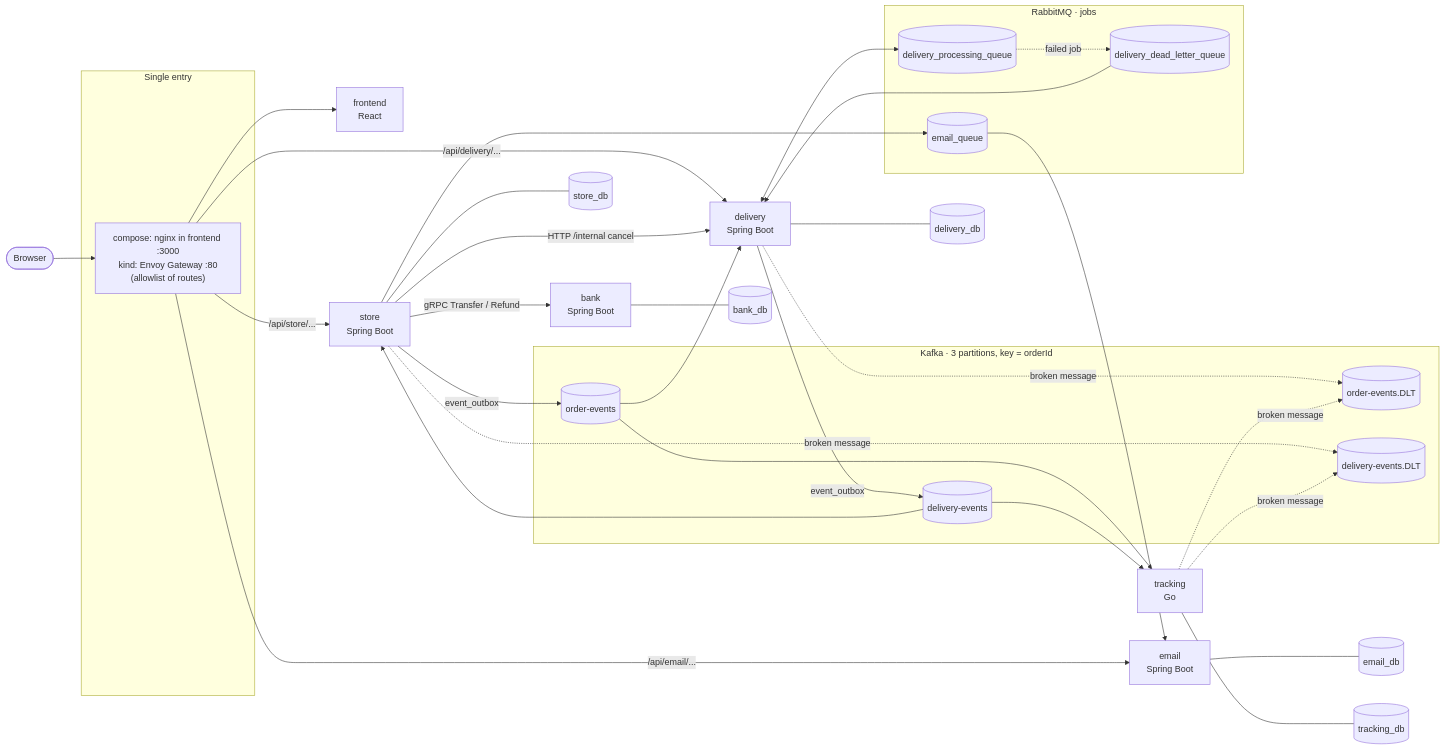
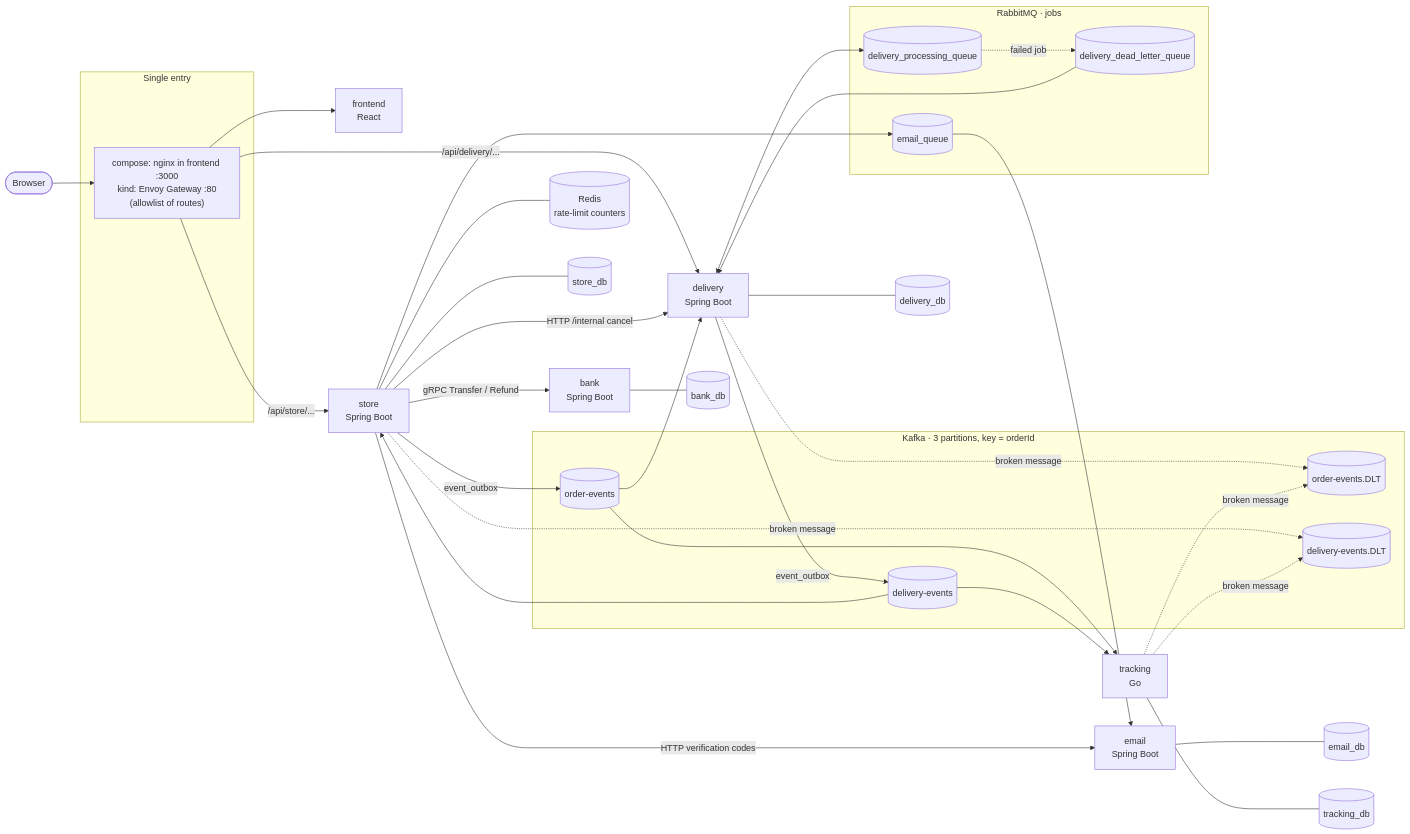
Before and after one commit to LiChenyang-GZ/microservices-ecommerce-platform: the diagram in README.md, drawn with Mermaid. The commit also changed other lines of this file and 3 other files, not shown here.

First line of the commit message:
docs(readme, k8s): rate limits on store's public sign-up and log-in endpoints, Redis, REDIS_PASSWORD on upgrade, and what the limits do not stop yet (R29-R32)

````diff
--- a/README.md
+++ b/README.md
@@ -11,51 +11,52 @@
 ```mermaid
 flowchart LR
     user([Browser])
 
     subgraph entry[Single entry]
         gw["compose: nginx in frontend :3000<br/>kind: Envoy Gateway :80<br/>(allowlist of routes)"]
     end
 
     user --> gw
     gw --> fe[frontend<br/>React]
     gw -->|/api/store/...| store
     gw -->|/api/delivery/...| delivery
-    gw -->|/api/email/...| email
 
     store[store<br/>Spring Boot] -->|gRPC Transfer / Refund| bank[bank<br/>Spring Boot]
     store -->|HTTP /internal cancel| delivery[delivery<br/>Spring Boot]
+    store -->|HTTP verification codes| email
+    store --- redis[(Redis<br/>rate-limit counters)]
 
     subgraph kafka[Kafka · 3 partitions, key = orderId]
         oe[(order-events)]
         de[(delivery-events)]
         oed[(order-events.DLT)]
         ded[(delivery-events.DLT)]
     end
 
     store -- event_outbox --> oe
     delivery -- event_outbox --> de
     oe --> delivery
     oe --> tracking[tracking<br/>Go]
     de --> store
     de --> tracking
     delivery -. broken message .-> oed
     store -. broken message .-> ded
     tracking -. broken message .-> oed
     tracking -. broken message .-> ded
 
     subgraph rmq[RabbitMQ · jobs]
         dq[(delivery_processing_queue)]
         dlq[(delivery_dead_letter_queue)]
         eq[(email_queue)]
     end
 
     delivery <--> dq
     dq -. failed job .-> dlq --> delivery
     store --> eq --> email[email<br/>Spring Boot]
 
     store --- sdb[(store_db)]
     bank --- bdb[(bank_db)]
     delivery --- ddb[(delivery_db)]
     email --- edb[(email_db)]
     tracking --- tdb[(tracking_db)]
 ```
````
